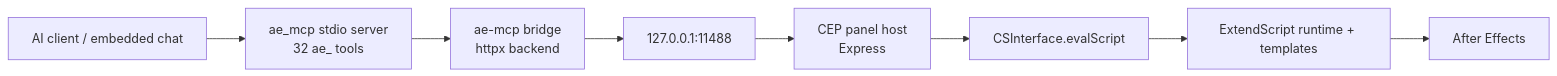
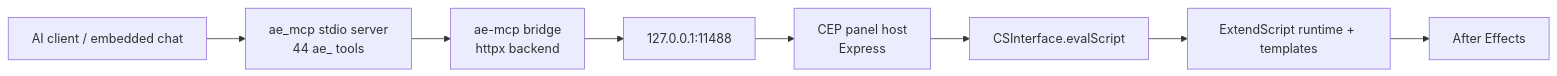
One commit to JUNKDOGE-JOE/after-effects-mcp changed the first of 4 diagrams in docs/WORKFLOW.md. Above: the diagram before and after it, drawn with Mermaid. The commit also changed other lines of this file and 4 other files, not shown here.

````diff
--- a/docs/WORKFLOW.md
+++ b/docs/WORKFLOW.md
@@ -19,10 +19,10 @@
 ```mermaid
 flowchart LR
-    A["AI client / embedded chat"] --> B["ae_mcp stdio server<br/>32 ae_ tools"]
+    A["AI client / embedded chat"] --> B["ae_mcp stdio server<br/>44 ae_ tools"]
     B --> C["ae-mcp bridge<br/>httpx backend"]
     C --> D["127.0.0.1:11488"]
     D --> E["CEP panel host<br/>Express"]
     E --> F["CSInterface.evalScript"]
     F --> G["ExtendScript runtime + templates"]
     G --> H["After Effects"]
 ```
````
